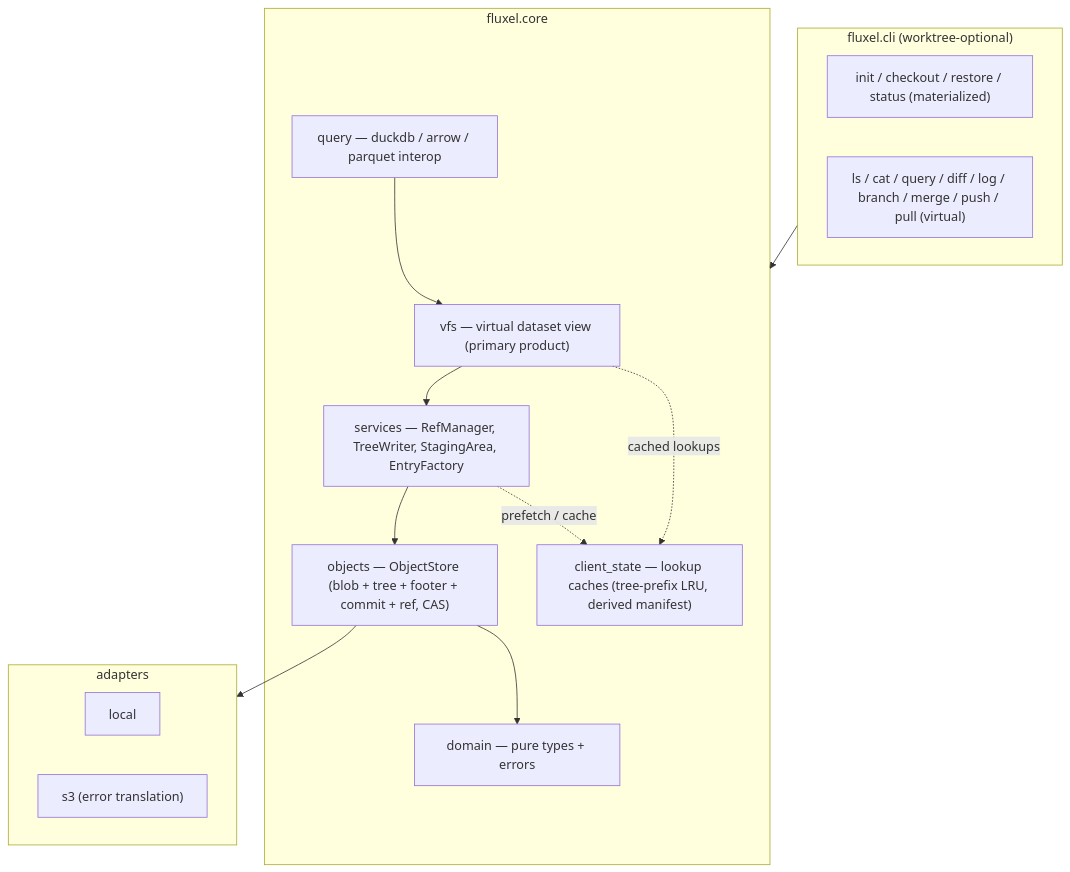
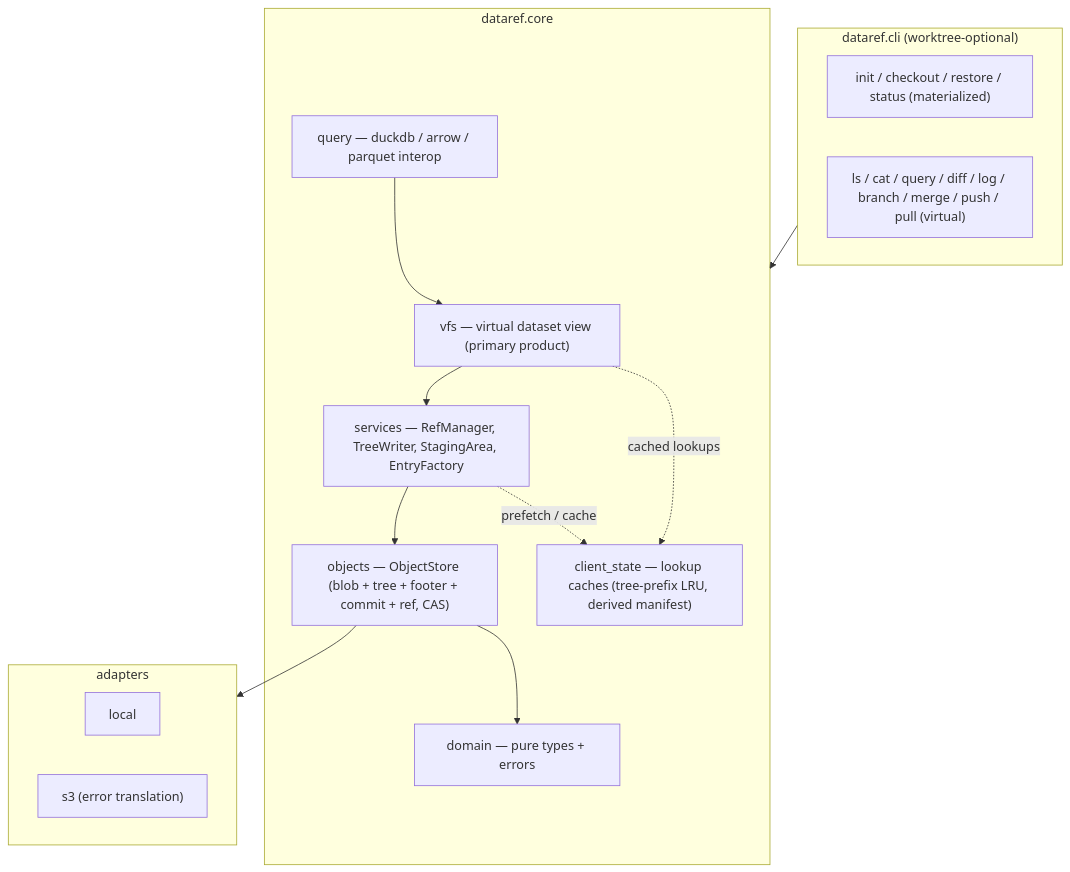
The first of 3 diagrams in docs/architecture.md (londogard/dataref), drawn with Mermaid before and after one commit. The commit also changed other lines of this file and 59 other files, not shown here.

First line of the commit message:
refactor: rename fluxel to dataref

````diff
--- a/docs/architecture.md
+++ b/docs/architecture.md
@@ -58,27 +58,27 @@
 ```mermaid
 flowchart TB
-    subgraph cli["fluxel.cli (worktree-optional)"]
+    subgraph cli["dataref.cli (worktree-optional)"]
         Init["init / checkout / restore / status (materialized)"]
         Virt["ls / cat / query / diff / log / branch / merge / push / pull (virtual)"]
     end
-    subgraph core["fluxel.core"]
+    subgraph core["dataref.core"]
         VFS["vfs — virtual dataset view (primary product)"]
         QRY["query — duckdb / arrow / parquet interop"]
         SRV["services — RefManager, TreeWriter, StagingArea, EntryFactory"]
         OBJ["objects — ObjectStore (blob + tree + footer + commit + ref, CAS)"]
         DOM["domain — pure types + errors"]
         LKP["client_state — lookup caches (tree-prefix LRU, derived manifest)"]
     end
     subgraph adapters["adapters"]
         LOCAL["local"]
         S3["s3 (error translation)"]
     end
     cli --> core
     VFS --> SRV
     QRY --> VFS
     SRV --> OBJ
     OBJ --> DOM
     OBJ --> adapters
     SRV -. prefetch / cache .-> LKP
     VFS -. cached lookups .-> LKP
 ```
````
